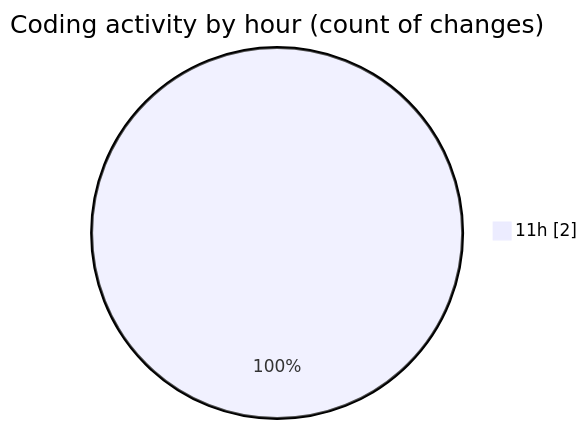
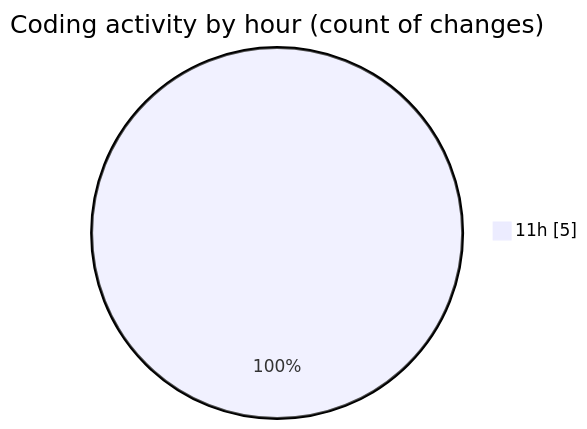
One commit to jcpc91/code-tracking changed the second of 2 diagrams in 2025-05-12/cancelacionsegurosvida/README.md. Above: the diagram before and after it, drawn with Mermaid. The commit also changed other lines of this file and 1 other file, not shown here.

````diff
--- a/2025-05-12/cancelacionsegurosvida/README.md
+++ b/2025-05-12/cancelacionsegurosvida/README.md
@@ -30,5 +31,5 @@
 ```mermaid
 pie showData
 title Coding activity by hour (count of changes)
-"11h" : 2
+"11h" : 5
 ```
````
